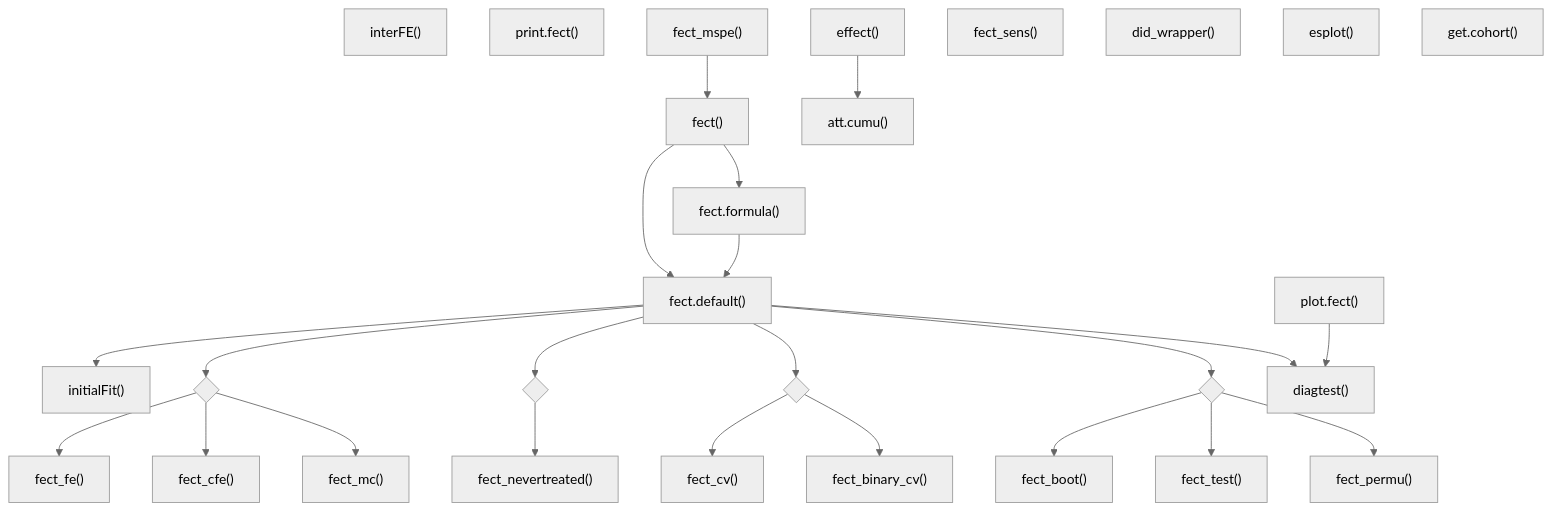
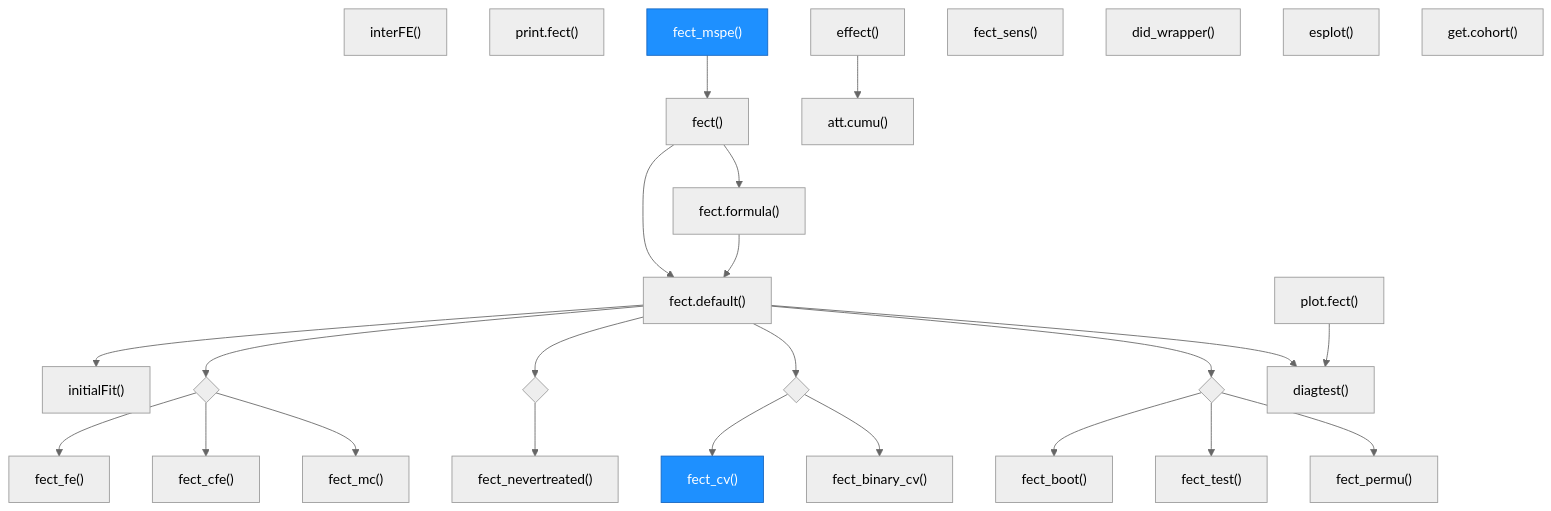
The second of 5 diagrams in architecture.md (xuyiqing/fect), drawn with Mermaid before and after one commit. The commit also changed other lines of this file and 12 other files, not shown here.

````diff
--- a/architecture.md
+++ b/architecture.md
@@ -156,42 +166,45 @@
 ```mermaid
 %%{init: {'theme': 'neutral'}}%%
 graph TD
     fect["fect()"] --> fect_formula["fect.formula()"]
     fect --> fect_default["fect.default()"]
     fect_formula --> fect_default
 
     fect_default --> initialFit["initialFit()"]
 
     fect_default --> R1_route{" "}
     R1_route --> fect_fe["fect_fe()"]
     R1_route --> fect_cfe["fect_cfe()"]
     R1_route --> fect_mc["fect_mc()"]
 
     fect_default --> R2_route{" "}
     R2_route --> fect_nevertreated["fect_nevertreated()"]
 
     fect_default --> R3_route{" "}
     R3_route --> fect_cv["fect_cv()"]
     R3_route --> fect_binary_cv["fect_binary_cv()"]
 
     fect_default --> R4_route{" "}
     R4_route --> fect_boot["fect_boot()"]
     R4_route --> fect_test["fect_test()"]
     R4_route --> fect_permu["fect_permu()"]
 
     fect_default --> diagtest["diagtest()"]
 
     interFE["interFE()"]
     plot_fect["plot.fect()"]
     print_fect["print.fect()"]
     effect_fn["effect()"]
     fect_mspe["fect_mspe()"]
     fect_sens["fect_sens()"]
     did_wrapper["did_wrapper()"]
     esplot_fn["esplot()"]
     get_cohort["get.cohort()"]
 
     plot_fect --> diagtest
     effect_fn --> att_cumu["att.cumu()"]
     fect_mspe --> fect
+
+    style fect_mspe fill:#1e90ff,stroke:#1565c0,color:#fff
+    style fect_cv fill:#1e90ff,stroke:#1565c0,color:#fff
 ```
````
